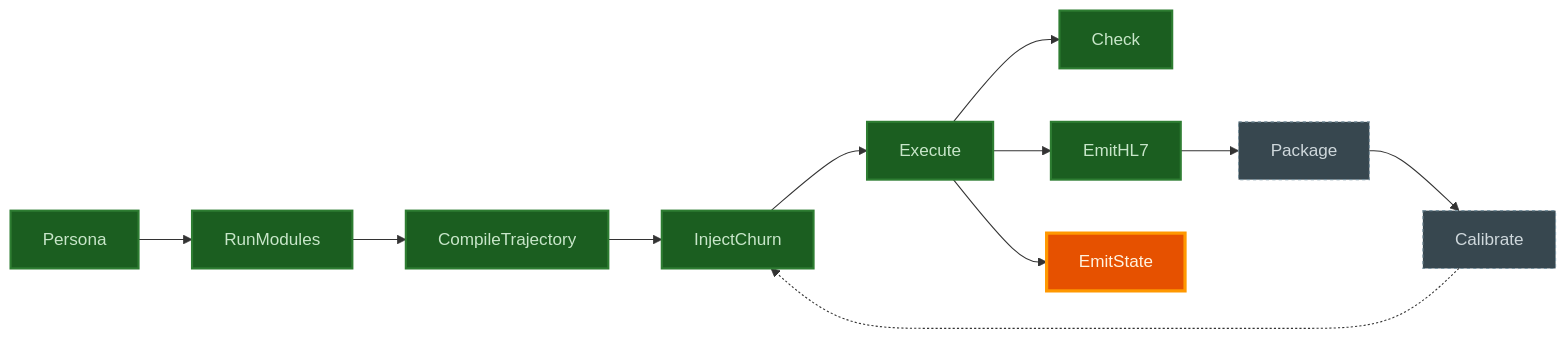
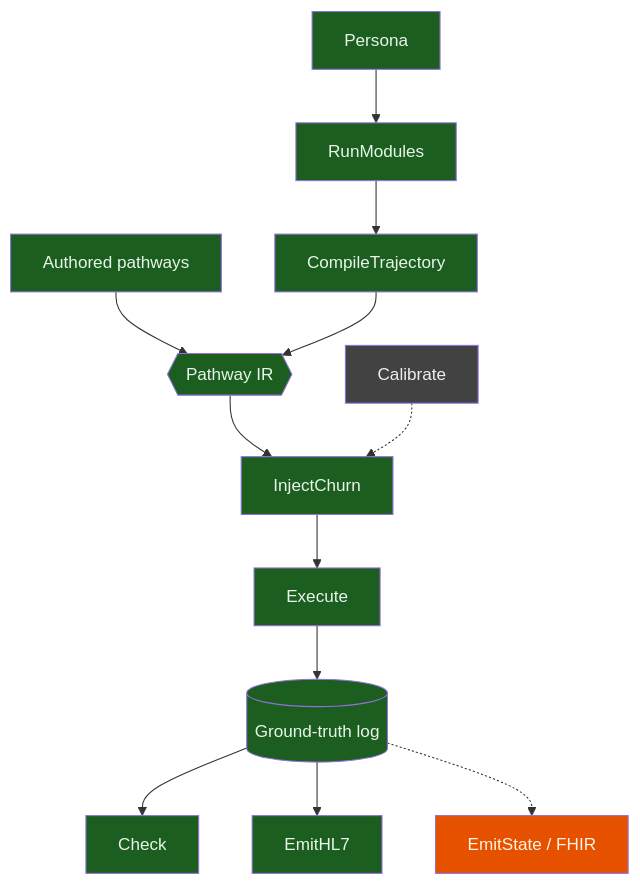
Before and after one commit to pragsmike/ehr-testing-tools: the diagram in README.md, drawn with Mermaid. The commit also changed other lines of this file and 1 other file, not shown here.

````diff
--- a/README.md
+++ b/README.md
@@ -49,25 +55,20 @@
 ```mermaid
-flowchart LR
-    Persona["Persona"]:::built
-    RunModules["RunModules"]:::built
-    CompileTrajectory["CompileTrajectory"]:::built
-    InjectChurn["InjectChurn"]:::built
-    Execute["Execute"]:::built
-    Check["Check"]:::built
-    EmitHL7["EmitHL7"]:::built
-    EmitState["EmitState"]:::next
-    Package["Package"]:::planned
-    Calibrate["Calibrate"]:::planned
-
-    Persona --> RunModules --> CompileTrajectory --> InjectChurn --> Execute
-    Execute --> Check
-    Execute --> EmitHL7
-    Execute --> EmitState
-    EmitHL7 --> Package
-    Package --> Calibrate
-    Calibrate -.-> InjectChurn
-
-    classDef built fill:#1b5e20,stroke:#2e7d32,color:#c8e6c9,stroke-width:2px;
-    classDef next fill:#e65100,stroke:#ff9800,color:#fff3e0,stroke-width:3px;
-    classDef planned fill:#37474f,stroke:#78909c,color:#cfd8dc,stroke-width:1px,stroke-dasharray: 3 3;
+flowchart TD
+    P[Persona] --> RM[RunModules]
+    RM --> CT[CompileTrajectory]
+    AP[Authored pathways] --> IR{{Pathway IR}}
+    CT --> IR
+    IR --> IC[InjectChurn]
+    IC --> EX[Execute]
+    EX --> GT[(Ground-truth log)]
+    GT --> CK[Check]
+    GT --> EH[EmitHL7]
+    GT -.-> ES[EmitState / FHIR]
+    CAL[Calibrate] -.-> IC
+    classDef built fill:#1b5e20,color:#e8f5e9
+    classDef next fill:#e65100,color:#fff3e0
+    classDef later fill:#424242,color:#eeeeee
+    class P,RM,CT,AP,IR,IC,EX,GT,CK,EH built
+    class ES next
+    class CAL later
 ```
````
